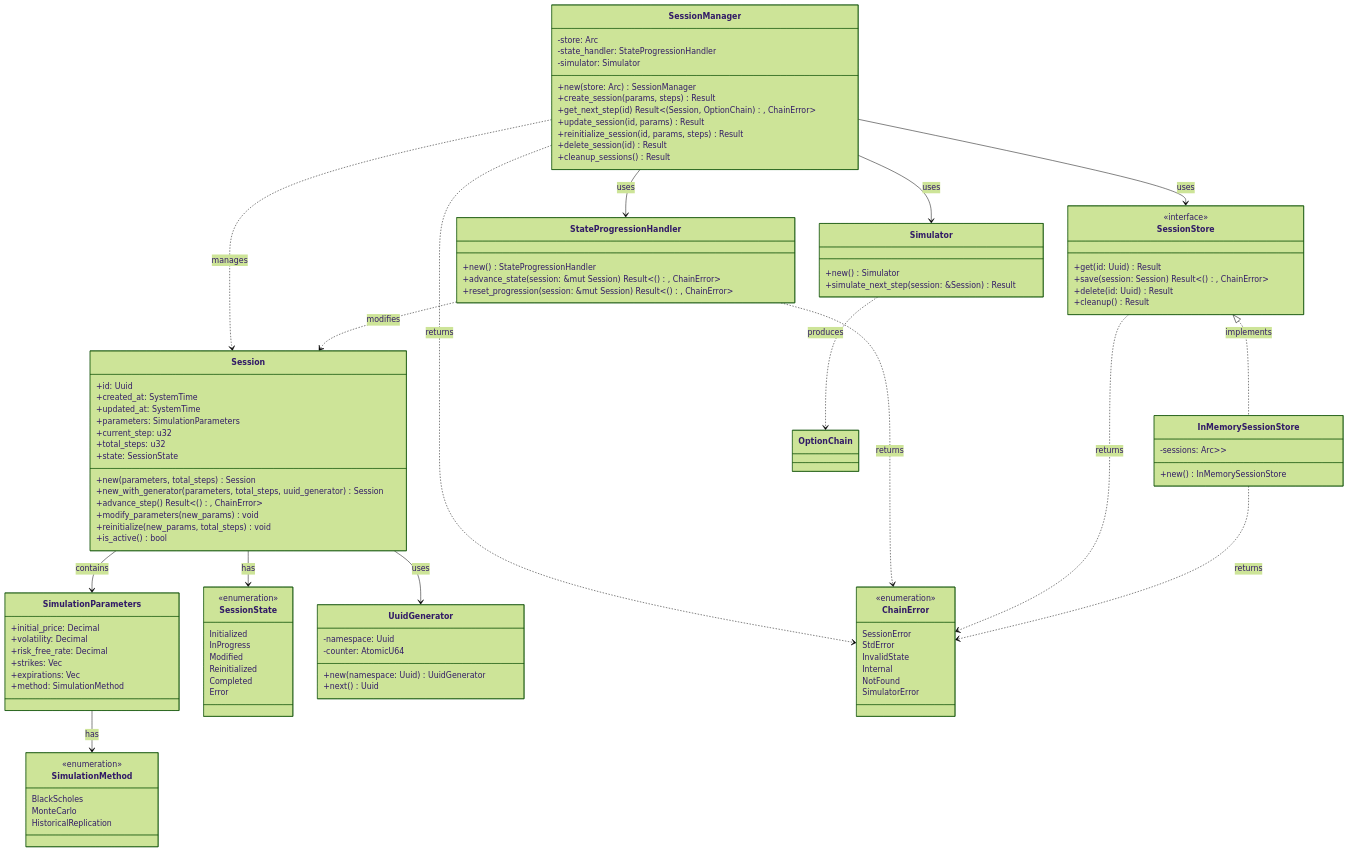
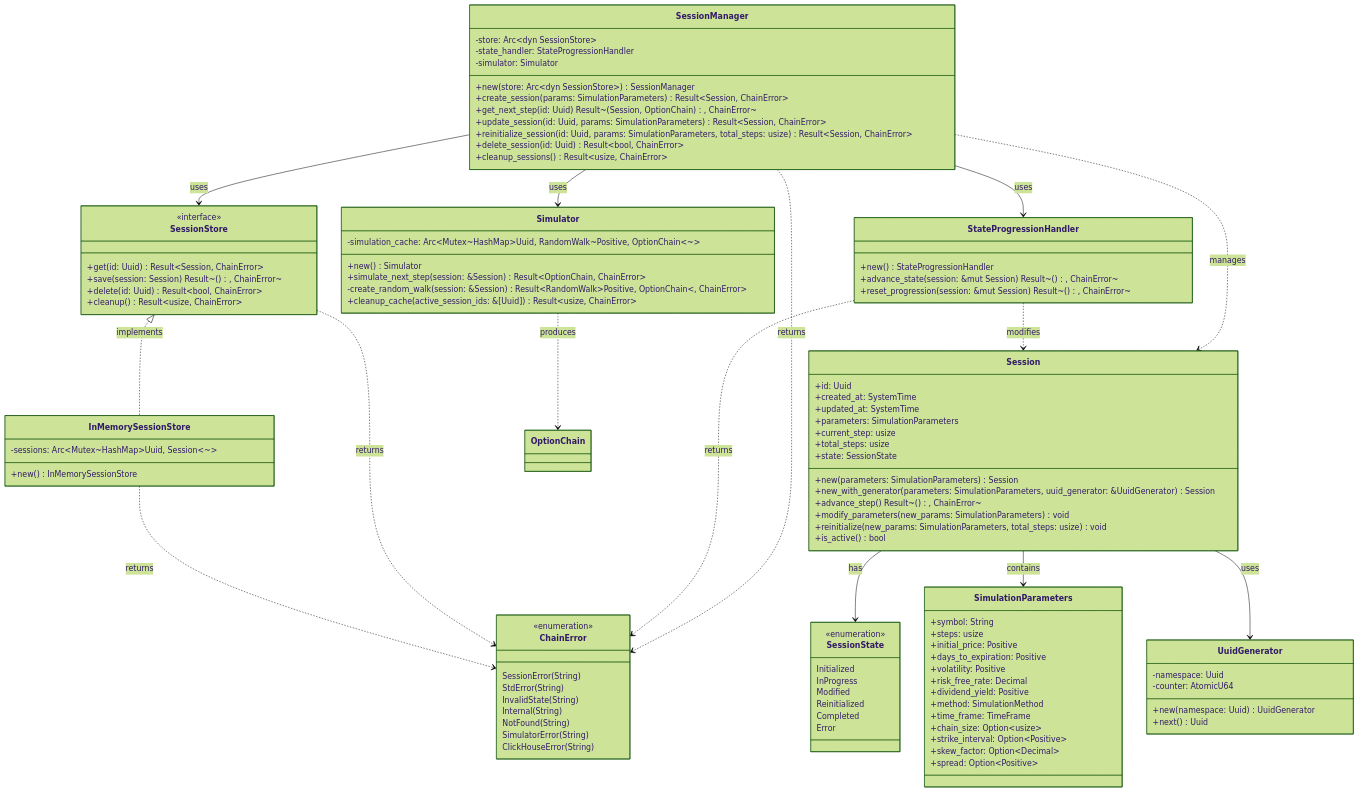
Before and after one commit to joaquinbejar/OptionChain-Simulator: the diagram in doc/session/manager.md, drawn with Mermaid (forest theme). The commit also changed 1 other file, not shown here.

Commit message:
Refactor session manager and add ClickHouse integration docs
Updated `SessionManager` and related classes for improved type safety and clarity. Introduced detailed documentation for integrating ClickHouse, covering architecture, data models, repository pattern, error handling, and configuration.

````diff
--- a/doc/session/manager.md
+++ b/doc/session/manager.md
@@ -2,35 +2,35 @@
 ```mermaid
 classDiagram
     class SessionManager {
-        -store: Arc<dyn SessionStore>
+        -store: Arc~dyn SessionStore~
         -state_handler: StateProgressionHandler
         -simulator: Simulator
-        +new(store: Arc<dyn SessionStore>) SessionManager
-        +create_session(params, steps) Result<Session, ChainError>
-        +get_next_step(id) Result<(Session, OptionChain), ChainError>
-        +update_session(id, params) Result<Session, ChainError>
-        +reinitialize_session(id, params, steps) Result<Session, ChainError>
-        +delete_session(id) Result<bool, ChainError>
-        +cleanup_sessions() Result<usize, ChainError>
+        +new(store: Arc~dyn SessionStore~) SessionManager
+        +create_session(params: SimulationParameters) Result~Session, ChainError~
+        +get_next_step(id: Uuid) Result~(Session, OptionChain), ChainError~
+        +update_session(id: Uuid, params: SimulationParameters) Result~Session, ChainError~
+        +reinitialize_session(id: Uuid, params: SimulationParameters, total_steps: usize) Result~Session, ChainError~
+        +delete_session(id: Uuid) Result~bool, ChainError~
+        +cleanup_sessions() Result~usize, ChainError~
     }
     
     class SessionStore {
         <<interface>>
-        +get(id: Uuid) Result<Session, ChainError>
-        +save(session: Session) Result<(), ChainError>
-        +delete(id: Uuid) Result<bool, ChainError>
-        +cleanup() Result<usize, ChainError>
+        +get(id: Uuid) Result~Session, ChainError~
+        +save(session: Session) Result~(), ChainError~
+        +delete(id: Uuid) Result~bool, ChainError~
+        +cleanup() Result~usize, ChainError~
     }
     
     class InMemorySessionStore {
-        -sessions: Arc<Mutex<HashMap<Uuid, Session>>>
+        -sessions: Arc~Mutex~HashMap~Uuid, Session~~~
         +new() InMemorySessionStore
     }
     
     class StateProgressionHandler {
         +new() StateProgressionHandler
-        +advance_state(session: &mut Session) Result<(), ChainError>
-        +reset_progression(session: &mut Session) Result<(), ChainError>
+        +advance_state(session: &mut Session) Result~(), ChainError~
+        +reset_progression(session: &mut Session) Result~(), ChainError~
     }
     
     class Session {
@@ -38,24 +38,31 @@
         +created_at: SystemTime
         +updated_at: SystemTime
         +parameters: SimulationParameters
-        +current_step: u32
-        +total_steps: u32
+        +current_step: usize
+        +total_steps: usize
         +state: SessionState
-        +new(parameters, total_steps) Session
-        +new_with_generator(parameters, total_steps, uuid_generator) Session
-        +advance_step() Result<(), ChainError>
-        +modify_parameters(new_params) void
-        +reinitialize(new_params, total_steps) void
+        +new(parameters: SimulationParameters) Session
+        +new_with_generator(parameters: SimulationParameters, uuid_generator: &UuidGenerator) Session
+        +advance_step() Result~(), ChainError~
+        +modify_parameters(new_params: SimulationParameters) void
+        +reinitialize(new_params: SimulationParameters, total_steps: usize) void
         +is_active() bool
     }
     
     class SimulationParameters {
-        +initial_price: Decimal
-        +volatility: Decimal
+        +symbol: String
+        +steps: usize
+        +initial_price: Positive
+        +days_to_expiration: Positive
+        +volatility: Positive
         +risk_free_rate: Decimal
-        +strikes: Vec<Decimal>
-        +expirations: Vec<Duration>
+        +dividend_yield: Positive
         +method: SimulationMethod
+        +time_frame: TimeFrame
+        +chain_size: Option~usize~
+        +strike_interval: Option~Positive~
+        +skew_factor: Option~Decimal~
+        +spread: Option~Positive~
     }
     
     class SessionState {
@@ -68,13 +75,6 @@
         Error
     }
     
-    class SimulationMethod {
-        <<enumeration>>
-        BlackScholes
-        MonteCarlo
-        HistoricalReplication
-    }
-    
     class UuidGenerator {
         -namespace: Uuid
         -counter: AtomicU64
@@ -83,18 +83,22 @@
     }
     
     class Simulator {
+        -simulation_cache: Arc~Mutex~HashMap~Uuid, RandomWalk~Positive, OptionChain~~~
         +new() Simulator
-        +simulate_next_step(session: &Session) Result<OptionChain, ChainError>
+        +simulate_next_step(session: &Session) Result~OptionChain, ChainError~
+        -create_random_walk(session: &Session) Result~RandomWalk~Positive, OptionChain~, ChainError~
+        +cleanup_cache(active_session_ids: &[Uuid]) Result~usize, ChainError~
     }
     
     class ChainError {
         <<enumeration>>
-        SessionError
-        StdError
-        InvalidState
-        Internal
-        NotFound
-        SimulatorError
+        SessionError(String)
+        StdError(String)
+        InvalidState(String)
+        Internal(String)
+        NotFound(String)
+        SimulatorError(String)
+        ClickHouseError(String)
     }
     
     SessionManager --> SessionStore: uses
@@ -106,7 +110,6 @@
     Session --> SessionState: has
     Session --> SimulationParameters: contains
     Session --> UuidGenerator: uses
-    SimulationParameters --> SimulationMethod: has
     StateProgressionHandler ..> Session: modifies
     StateProgressionHandler ..> ChainError: returns
     Simulator ..> OptionChain: produces
````
